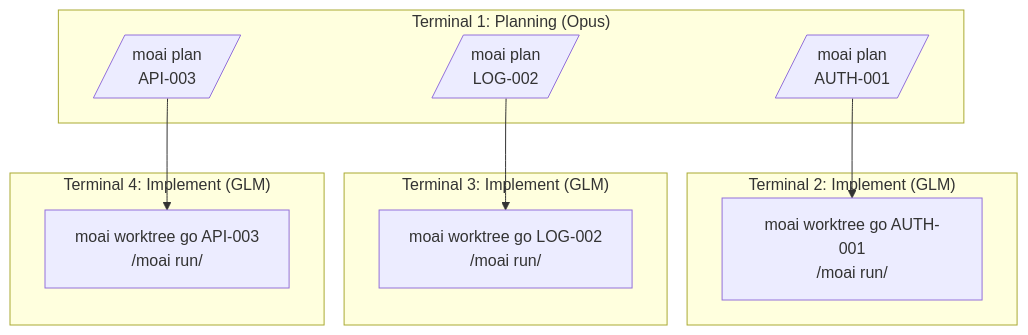
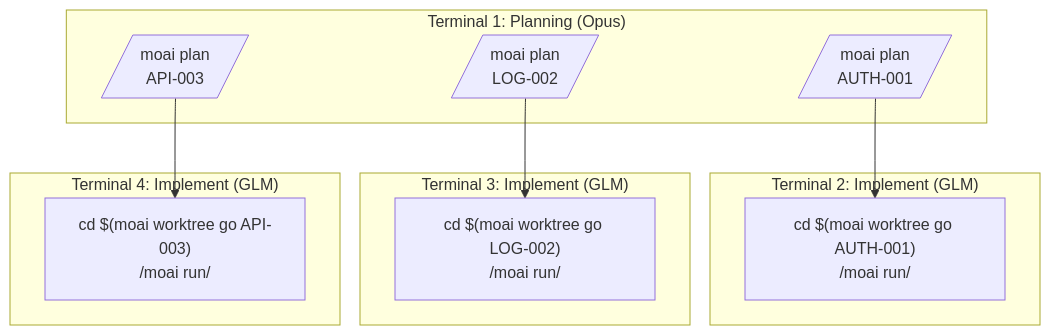
One commit to gabrielmoreira/agent-skills-mirror changed the first of 4 diagrams in mirrors/repos/modu-ai@moai-adk/docs-site/content/ko/worktree/examples.md. Above: the diagram before and after it, drawn with Mermaid. The commit also changed other lines of this file and 1228 other files, not shown here.

````diff
--- a/mirrors/repos/modu-ai@moai-adk/docs-site/content/ko/worktree/examples.md
+++ b/mirrors/repos/modu-ai@moai-adk/docs-site/content/ko/worktree/examples.md
@@ -140,24 +140,24 @@
 ```mermaid
 graph TB
     subgraph T1["Terminal 1: Planning (Opus)"]
         P1[/moai plan<br/>AUTH-001/]
         P2[/moai plan<br/>LOG-002/]
         P3[/moai plan<br/>API-003/]
     end
 
     subgraph T2["Terminal 2: Implement (GLM)"]
-        I1[moai worktree go AUTH-001<br/>/moai run/]
+        I1["cd $(moai worktree go AUTH-001)<br/>/moai run/"]
     end
 
     subgraph T3["Terminal 3: Implement (GLM)"]
-        I2[moai worktree go LOG-002<br/>/moai run/]
+        I2["cd $(moai worktree go LOG-002)<br/>/moai run/"]
     end
 
     subgraph T4["Terminal 4: Implement (GLM)"]
-        I3[moai worktree go API-003<br/>/moai run/]
+        I3["cd $(moai worktree go API-003)<br/>/moai run/"]
     end
 
     P1 --> I1
     P2 --> I2
     P3 --> I3
 ```
````
